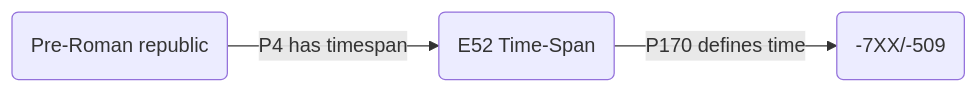
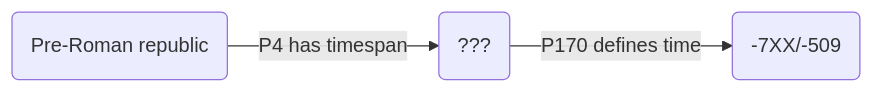
One commit to archaeochrono/caa23 changed the second of 3 diagrams in README.md. Above: the diagram before and after it, drawn with Mermaid. The commit also changed other lines of this file, not shown here.

````diff
--- a/README.md
+++ b/README.md
@@ -15,5 +14,5 @@
 ```mermaid
 flowchart LR
-    A(Pre-Roman republic) --P4 has timespan--> B(E52 Time-Span);
+    A(Pre-Roman republic) --P4 has timespan--> B("???");
     B --P170 defines time--> C("-7XX/-509");
 ```
````
